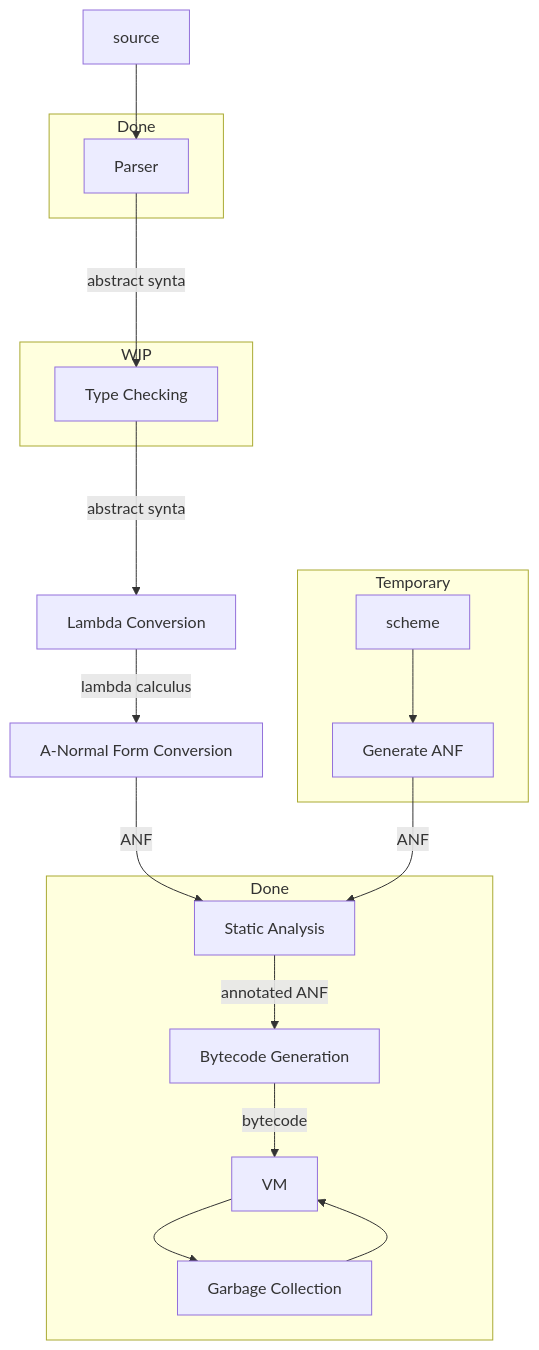
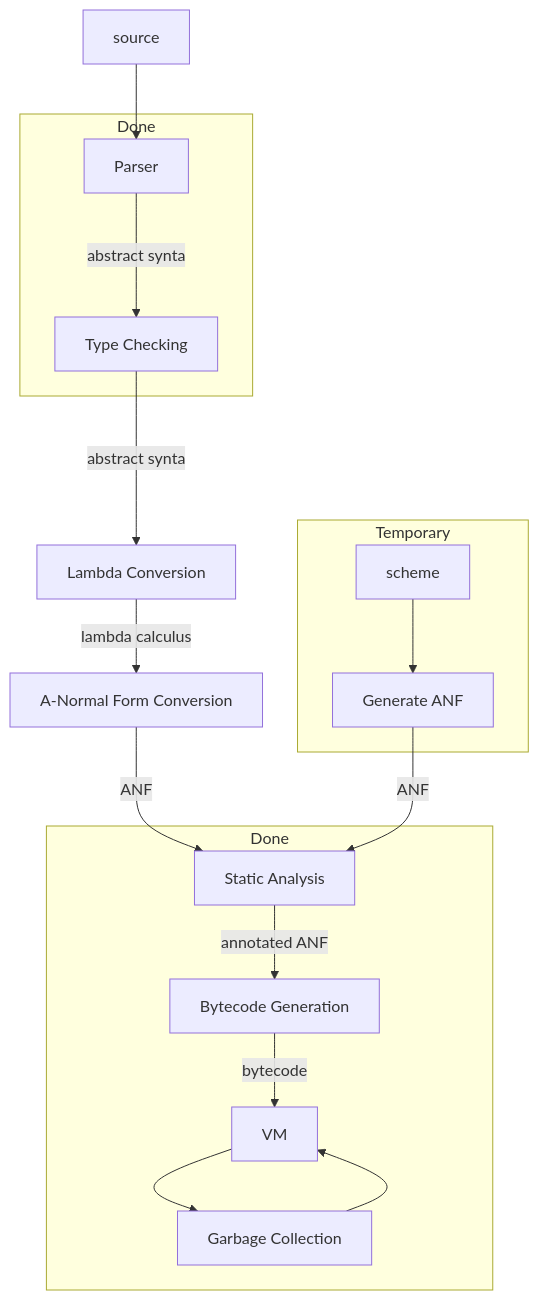
One commit to billhails/CEKF changed the diagram in README.md. Above: the diagram before and after it, drawn with Mermaid.

````diff
--- a/README.md
+++ b/README.md
@@ -75,23 +75,21 @@
 ```mermaid
 flowchart TD
 source --> AST[Parser] --abstract syntax--> check[Type Checking] --abstract syntax--> lambda[Lambda Conversion] --lambda calculus--> anf[A-Normal Form Conversion] --ANF--> static[Static Analysis] --annotated ANF--> Bytecode[Bytecode Generation] --bytecode--> VM
 scheme --> make_ast[Generate ANF] --ANF--> static
 GC[Garbage Collection] --> VM
 VM --> GC
 subgraph done1[Done]
    static
    Bytecode
    VM
    GC
 end
 subgraph done2[Done]
    AST
-end
-subgraph WIP
    check
 end
 subgraph temp[Temporary]
 scheme
 make_ast
 end
 ```
````
